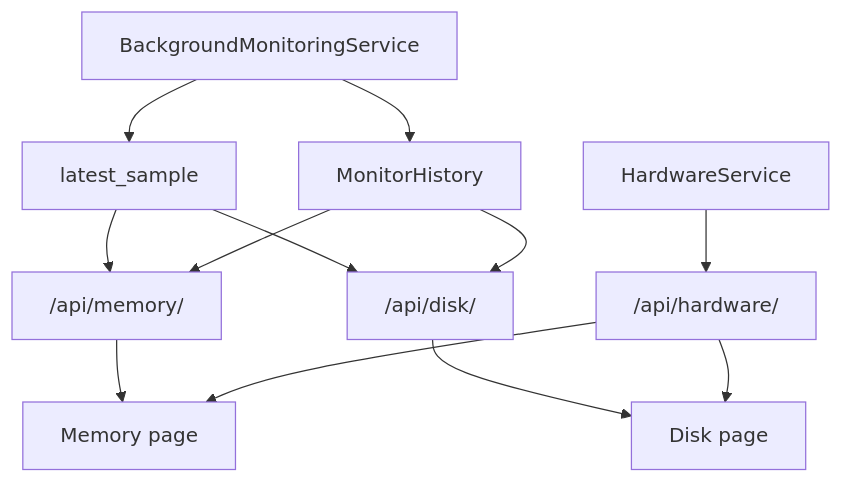
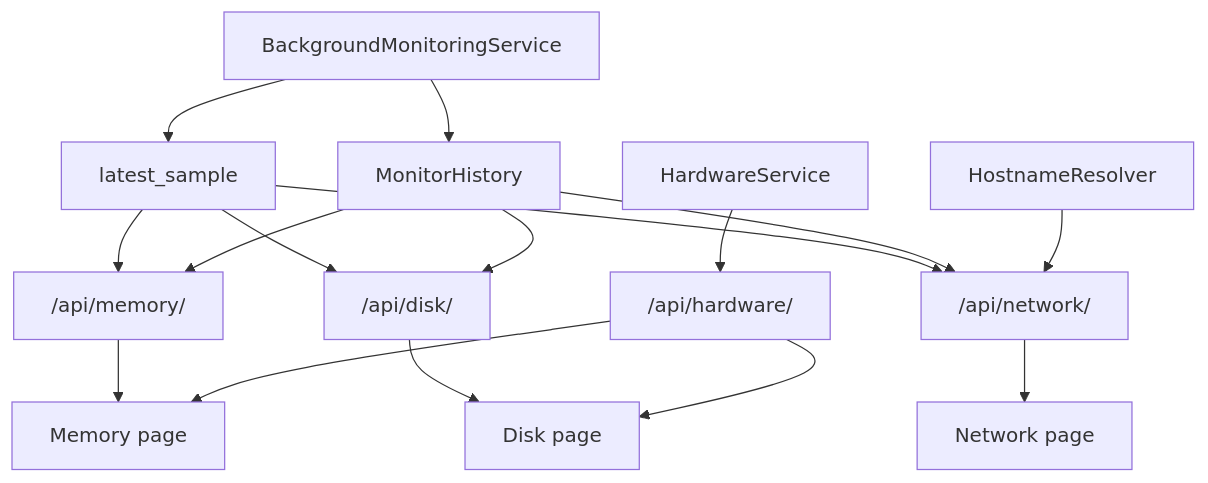
Diagram 24 of 33 in docs/architecture.md (IronRon/Sys-Monitor), drawn with Mermaid before and after one commit. The commit also changed other lines of this file and 19 other files, not shown here.

````diff
--- a/docs/architecture.md
+++ b/docs/architecture.md
@@ -1193,22 +1195,27 @@
 ```mermaid
 flowchart TD
     BG["BackgroundMonitoringService"]
     LATEST["latest_sample"]
     HISTORY["MonitorHistory"]
 
     BG --> LATEST
     BG --> HISTORY
 
     LATEST --> MEMAPI["/api/memory/"]
     HISTORY --> MEMAPI
     LATEST --> DISKAPI["/api/disk/"]
     HISTORY --> DISKAPI
+    LATEST --> NETAPI["/api/network/"]
+    HISTORY --> NETAPI
 
     HW["HardwareService"] --> HWAPI["/api/hardware/"]
+    DNS["HostnameResolver"] --> NETAPI
 
     MEMAPI --> MEMPAGE["Memory page"]
     HWAPI --> MEMPAGE
 
     DISKAPI --> DISKPAGE["Disk page"]
     HWAPI --> DISKPAGE
+
+    NETAPI --> NETPAGE["Network page"]
 ```
````
